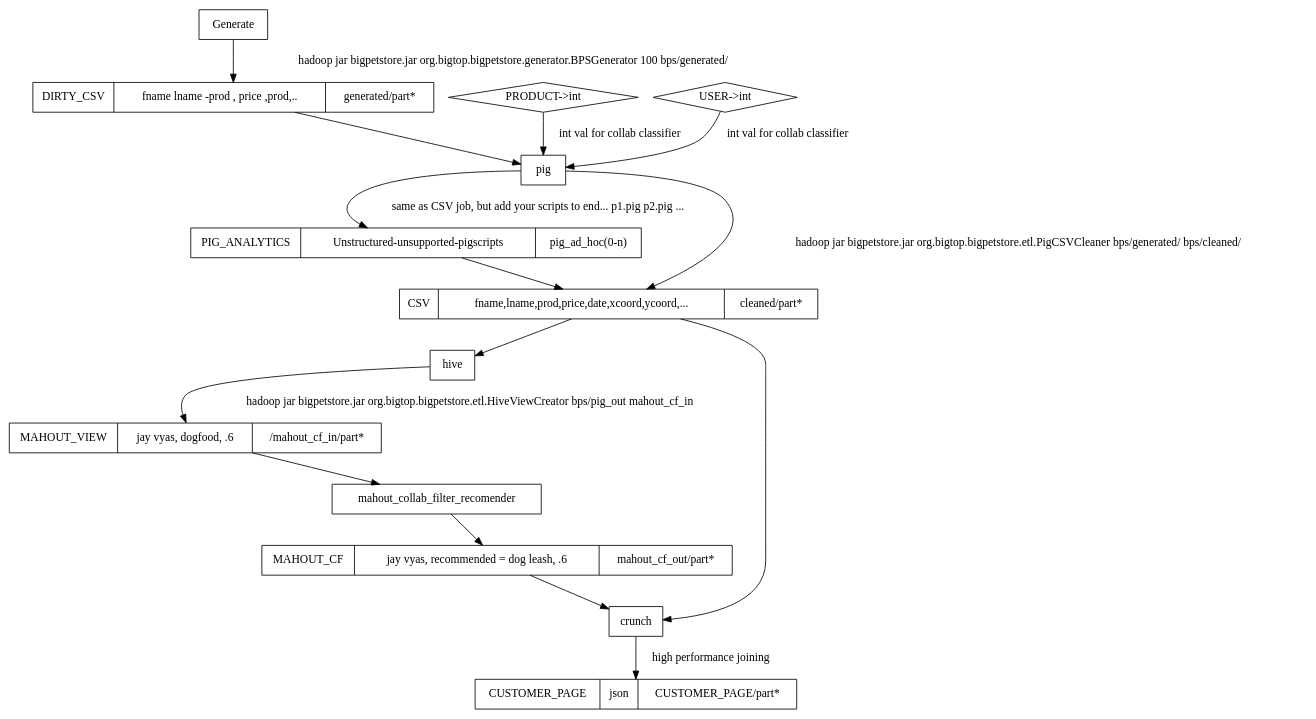
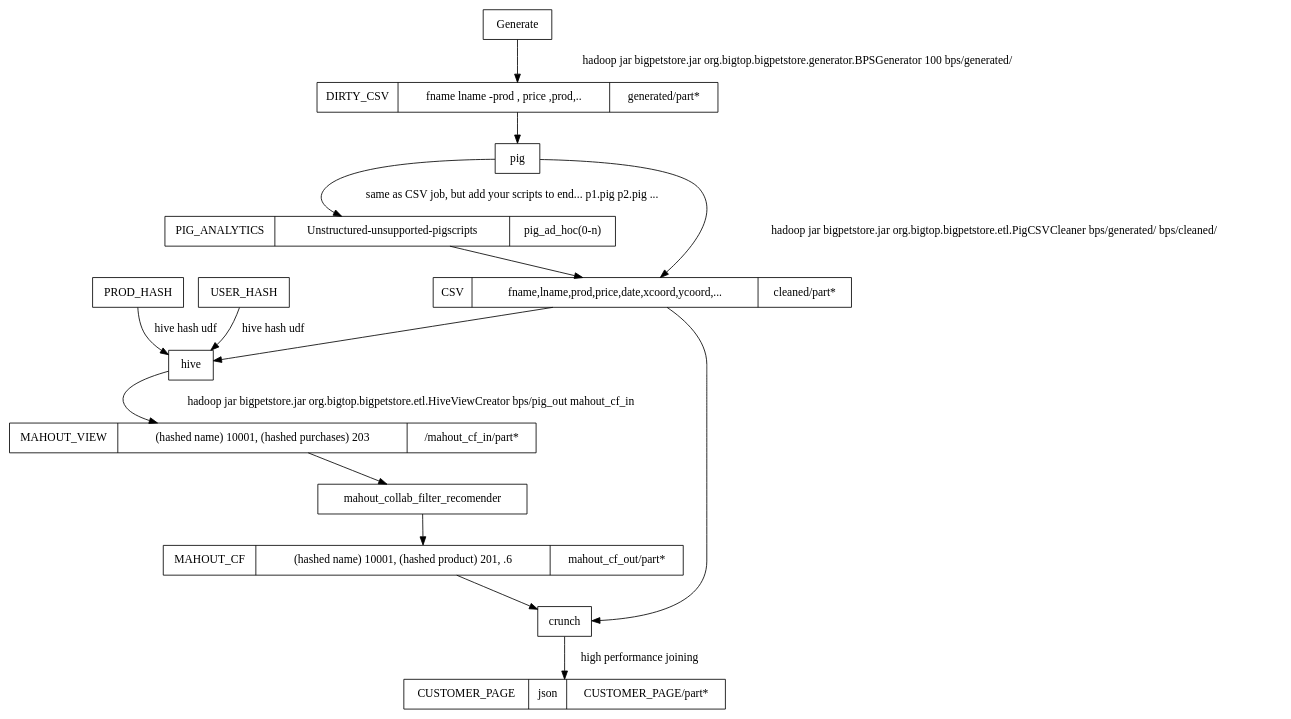
One commit to jayunit100/bigpetstore changed the diagram in arch.dot. Above: the diagram before and after it, drawn with Graphviz.

```diff
--- a/arch.dot
+++ b/arch.dot
@@ -1,31 +1,29 @@
 digraph ethane {
 
    node [shape=record];
 
    PIG_ANALYTICS [label="PIG_ANALYTICS|Unstructured-unsupported-pigscripts| pig_ad_hoc(0-n)"];
 
    CUSTOMER_PAGE [label="CUSTOMER_PAGE|json|CUSTOMER_PAGE/part*"];
    DIRTY_CSV [label="DIRTY_CSV|fname   lname -prod , price ,prod,..|generated/part*"];
    CSV [label="CSV|fname,lname,prod,price,date,xcoord,ycoord,...|cleaned/part*"];
-   MAHOUT_VIEW_INPUT [label="MAHOUT_VIEW  | jay vyas, dogfood, .6 |  <hive_warehouse>/mahout_cf_in/part*" ];
-   MAHOUT_CF [label="MAHOUT_CF  | jay vyas, recommended = dog leash, .6 | mahout_cf_out/part*" ];
-   PROD_HASH [shape=diamond label="PRODUCT->int"];   
-   USER_HASH [shape=diamond label="USER->int"];
-
+   MAHOUT_VIEW_INPUT [label="MAHOUT_VIEW  |  (hashed name) 10001, (hashed purchases) 203 |  <hive_warehouse>/mahout_cf_in/part*" ];
+   MAHOUT_CF [label="MAHOUT_CF  | (hashed name) 10001, (hashed product) 201, .6 | mahout_cf_out/part*" ];
+ 
    Generate -> DIRTY_CSV [label="hadoop jar bigpetstore.jar org.bigtop.bigpetstore.generator.BPSGenerator 100 bps/generated/"] ;
    DIRTY_CSV -> pig [label=""];  
    
    pig -> CSV [label="hadoop jar bigpetstore.jar org.bigtop.bigpetstore.etl.PigCSVCleaner bps/generated/ bps/cleaned/"];
    pig -> PIG_ANALYTICS [label="same as CSV job, but add your scripts to end... p1.pig p2.pig ..."];
    PIG_ANALYTICS -> CSV;
-   PROD_HASH -> pig [label="int val for collab classifier"];
-   USER_HASH -> pig  [label="int val for collab classifier"];
+   PROD_HASH -> hive [label="hive hash udf"];
+   USER_HASH -> hive  [label="hive hash udf"];
    
    CSV -> hive ; 
    hive -> MAHOUT_VIEW_INPUT [label="hadoop jar bigpetstore.jar org.bigtop.bigpetstore.etl.HiveViewCreator bps/pig_out mahout_cf_in"];          
    MAHOUT_VIEW_INPUT -> mahout_collab_filter_recomender  -> MAHOUT_CF;
    MAHOUT_CF  -> crunch ;
    CSV -> crunch ; 
    crunch -> CUSTOMER_PAGE [label="high performance joining"];
 
 }
```
